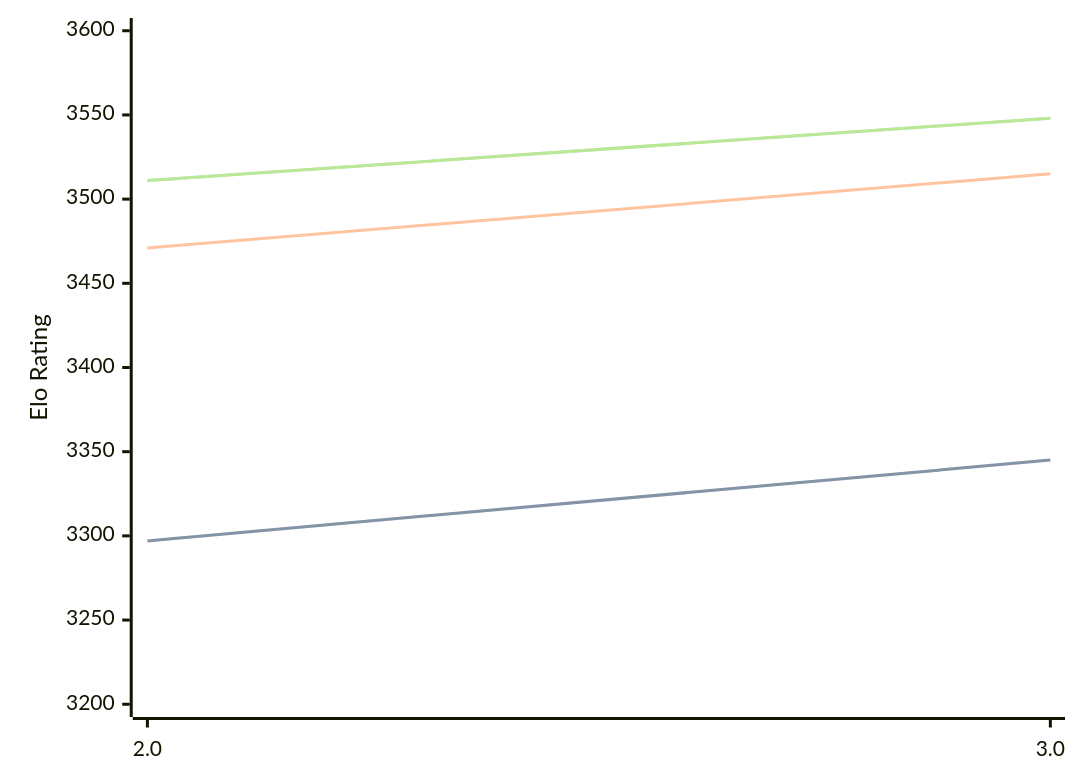
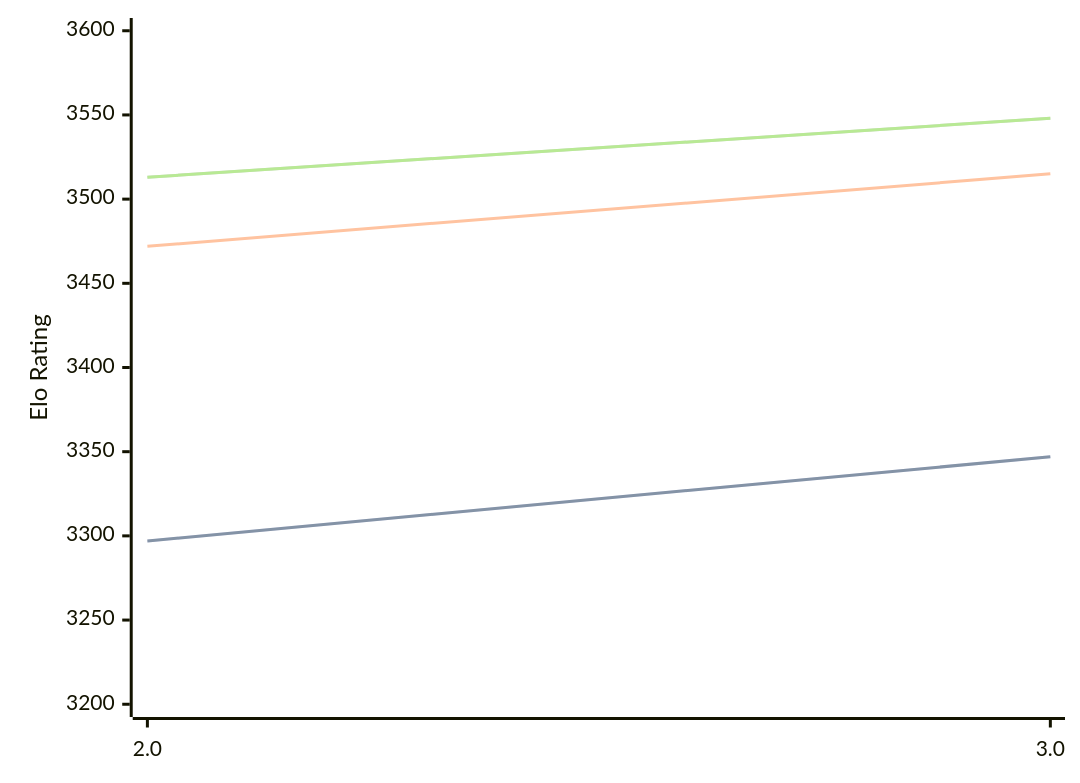
Before and after one commit to computer-chess-index/cci: the diagram in engines/Quanticade.md, drawn with Mermaid. The commit also changed other lines of this file, not shown here.

Commit message:
Update CCI Ratings (ELO VLTC) - 2026-08-27

````diff
--- a/engines/Quanticade.md
+++ b/engines/Quanticade.md
@@ -32,11 +32,11 @@
 ```mermaid
 %%{init: {"theme":"base","themeVariables":{"seriesColors:['#a3a3a3','#222221','#faa371']}}}%%
 xychart-beta
   x-axis ["2.0", "3.0"]
   y-axis "Elo Rating" 3200 --> 3600
-  line "STC (8.0+0.08s)" [3297, 3345]
-  line "STC (8.0+0.08s)" [3297, 3345]
-  line "LTC (60.0+0.60s)" [3471, 3515]
-  line "VLTC (2m24s+1.12s)" [3511, 3548]
-  line "VLTC (2m24s+1.12s)" [3511, 3548]
+  line "STC (8.0+0.08s)" [3297, 3347]
+  line "STC (8.0+0.08s)" [3297, 3347]
+  line "LTC (60.0+0.60s)" [3472, 3515]
+  line "VLTC (2m24s+1.12s)" [3513, 3548]
+  line "VLTC (2m24s+1.12s)" [3513, 3548]
 ```
````
